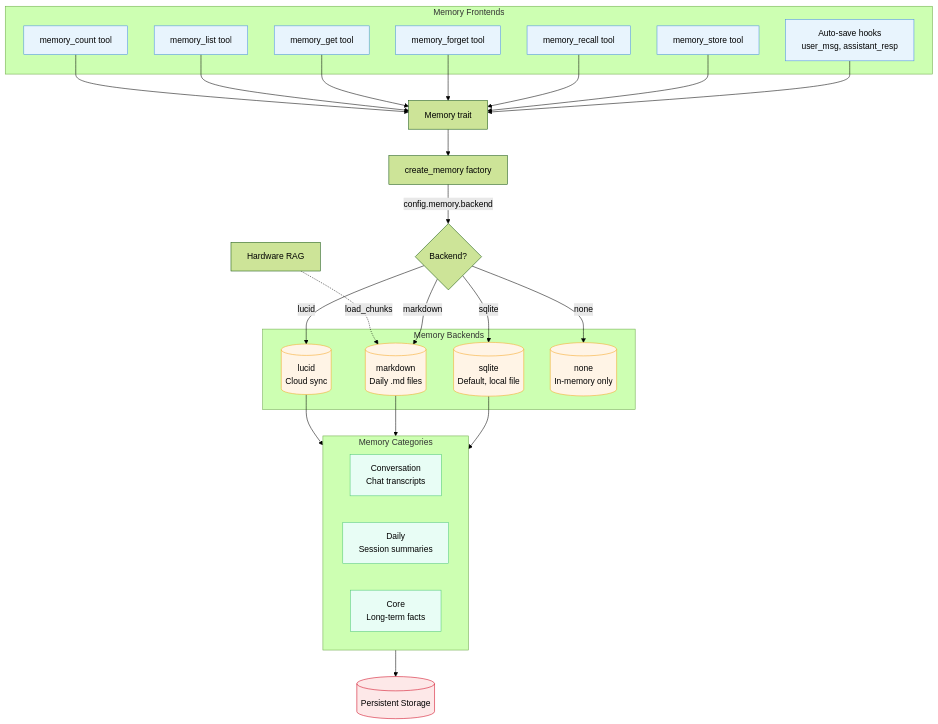
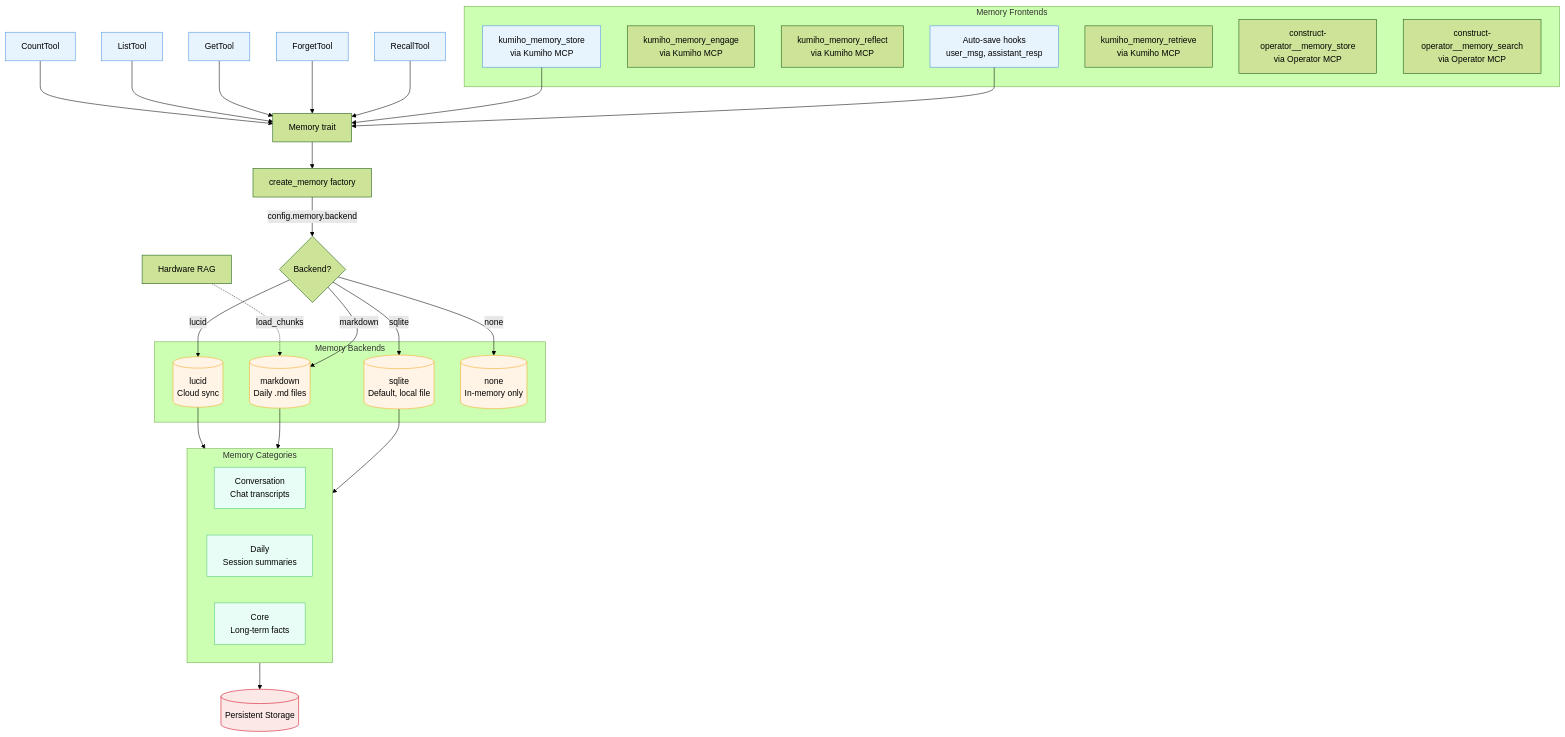
Before and after one commit to KumihoIO/construct-os: the eighth of 14 diagrams in docs/assets/architecture-diagrams.md, drawn with Mermaid (forest theme). The commit also changed 64 other files, not shown here.

````diff
--- a/docs/assets/architecture-diagrams.md
+++ b/docs/assets/architecture-diagrams.md
@@ -412,59 +412,59 @@
 ```mermaid
 flowchart TB
     subgraph Frontend[Memory Frontends]
         AutoSave[Auto-save hooks<br/>user_msg, assistant_resp]
-        StoreTool[memory_store tool]
-        RecallTool[memory_recall tool]
-        ForgetTool[memory_forget tool]
-        GetTool[memory_get tool]
-        ListTool[memory_list tool]
-        CountTool[memory_count tool]
+        EngageTool[kumiho_memory_engage<br/>via Kumiho MCP]
+        ReflectTool[kumiho_memory_reflect<br/>via Kumiho MCP]
+        StoreTool[kumiho_memory_store<br/>via Kumiho MCP]
+        RetrieveTool[kumiho_memory_retrieve<br/>via Kumiho MCP]
+        OperatorStore[construct-operator__memory_store<br/>via Operator MCP]
+        OperatorSearch[construct-operator__memory_search<br/>via Operator MCP]
     end
 
     subgraph Backends[Memory Backends]
         Sqlite[(sqlite<br/>Default, local file)]
         Markdown[(markdown<br/>Daily .md files)]
         Lucid[(lucid<br/>Cloud sync)]
         None[(none<br/>In-memory only)]
     end
 
     subgraph Categories[Memory Categories]
         Conv[Conversation<br/>Chat transcripts]
         Daily[Daily<br/>Session summaries]
         Core[Core<br/>Long-term facts]
     end
 
     AutoSave --> MemoryTrait[Memory trait]
     StoreTool --> MemoryTrait
     RecallTool --> MemoryTrait
     ForgetTool --> MemoryTrait
     GetTool --> MemoryTrait
     ListTool --> MemoryTrait
     CountTool --> MemoryTrait
 
     MemoryTrait --> Factory[create_memory factory]
     Factory -->|config.memory.backend| BackendSelect{Backend?}
 
     BackendSelect -->|sqlite| Sqlite
     BackendSelect -->|markdown| Markdown
     BackendSelect -->|lucid| Lucid
     BackendSelect -->|none| None
 
     Sqlite --> Categories
     Markdown --> Categories
     Lucid --> Categories
 
     Categories --> Storage[(Persistent Storage)]
 
     RAG[Hardware RAG] -.->|load_chunks| Markdown
 
     classDef frontend fill:#E8F4FD,stroke:#4A90E2
     classDef backend fill:#FFF4E6,stroke:#F5A623
     classDef category fill:#E8FDF5,stroke:#50C878
     classDef storage fill:#FDE8E8,stroke:#D0021B
 
     class AutoSave,StoreTool,RecallTool,ForgetTool,GetTool,ListTool,CountTool frontend
     class Sqlite,Markdown,Lucid,None backend
     class Conv,Daily,Core category
     class Storage storage
 ```
````
